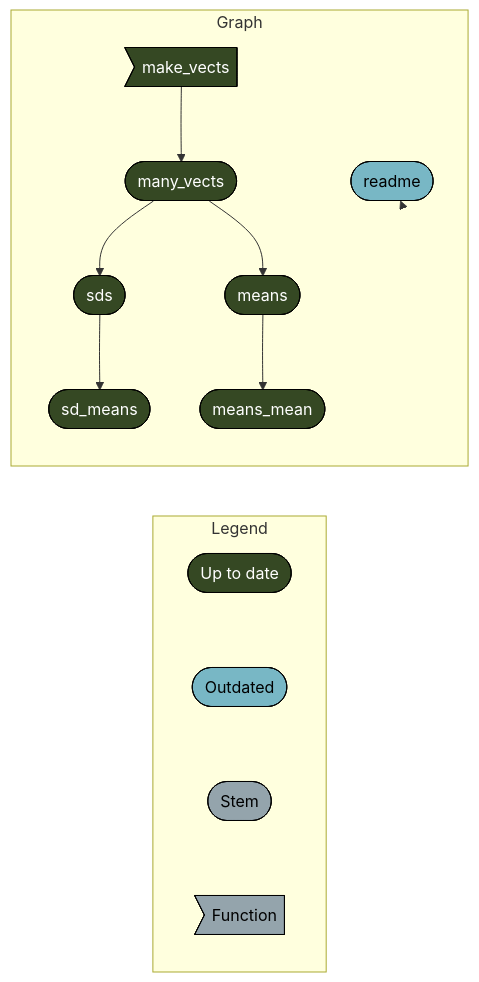
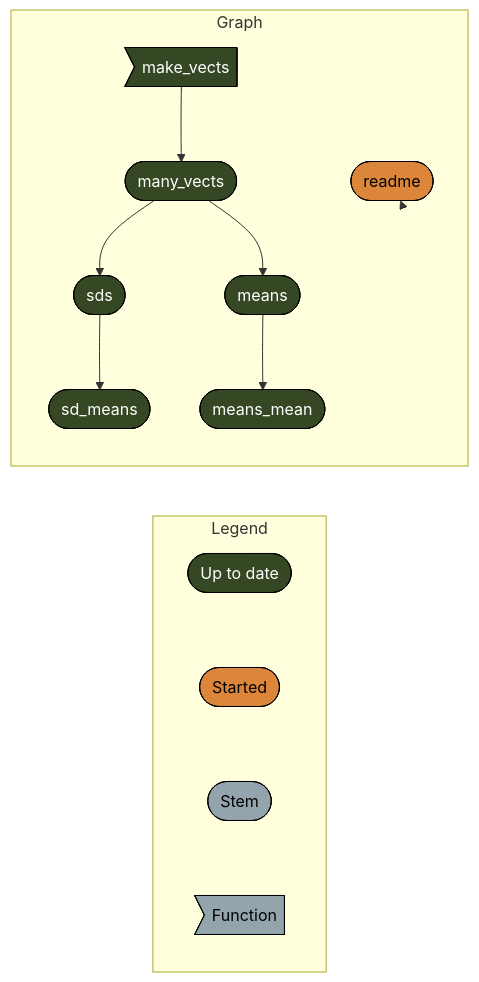
The diagram in README.md (BrunaLab/hipergator-targets-ssh), drawn with Mermaid before and after one commit.

````diff
--- a/README.md
+++ b/README.md
@@ -69,23 +69,23 @@
 ``` mermaid
 graph LR
   subgraph Legend
-    uptodate([Up to date]):::uptodate --- outdated([Outdated]):::outdated
-    outdated([Outdated]):::outdated --- stem([Stem]):::none
-    stem([Stem]):::none --- function>Function]:::none
+    x7420bd9270f8d27d([""Up to date""]):::uptodate --- x5b3426b4c7fa7dbc([""Started""]):::started
+    x5b3426b4c7fa7dbc([""Started""]):::started --- xbf4603d6c2c2ad6b([""Stem""]):::none
+    xbf4603d6c2c2ad6b([""Stem""]):::none --- xf0bce276fe2b9d3e>""Function""]:::none
   end
   subgraph Graph
-    make_vects>make_vects]:::uptodate --> many_vects([many_vects]):::uptodate
-    many_vects([many_vects]):::uptodate --> means([means]):::uptodate
-    many_vects([many_vects]):::uptodate --> sds([sds]):::uptodate
-    sds([sds]):::uptodate --> sd_means([sd_means]):::uptodate
-    means([means]):::uptodate --> means_mean([means_mean]):::uptodate
-    readme([readme]):::outdated --> readme([readme]):::outdated
+    x89d7607898dce999>"make_vects"]:::uptodate --> xc7a97a0c3f5c7239(["many_vects"]):::uptodate
+    xc7a97a0c3f5c7239(["many_vects"]):::uptodate --> x7093befdb6050f4e(["means"]):::uptodate
+    xc7a97a0c3f5c7239(["many_vects"]):::uptodate --> x5746aa97a820c5ac(["sds"]):::uptodate
+    x5746aa97a820c5ac(["sds"]):::uptodate --> xc75015002057228e(["sd_means"]):::uptodate
+    x7093befdb6050f4e(["means"]):::uptodate --> xe00cc1033f4aed9a(["means_mean"]):::uptodate
+    x6e52cb0f1668cc22(["readme"]):::started --> x6e52cb0f1668cc22(["readme"]):::started
   end
   classDef uptodate stroke:#000000,color:#ffffff,fill:#354823;
-  classDef outdated stroke:#000000,color:#000000,fill:#78B7C5;
+  classDef started stroke:#000000,color:#000000,fill:#DC863B;
   classDef none stroke:#000000,color:#000000,fill:#94a4ac;
   linkStyle 0 stroke-width:0px;
   linkStyle 1 stroke-width:0px;
   linkStyle 2 stroke-width:0px;
   linkStyle 8 stroke-width:0px;
 ```
````
